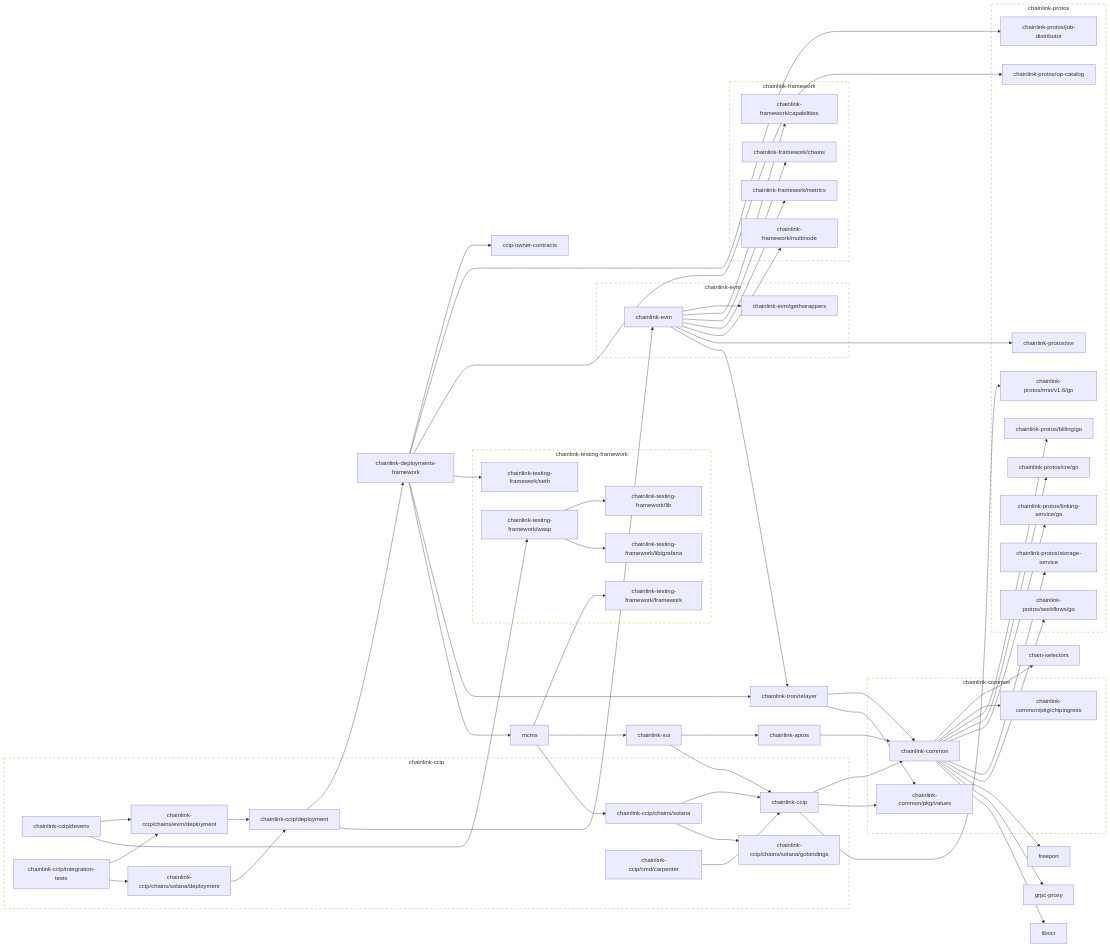
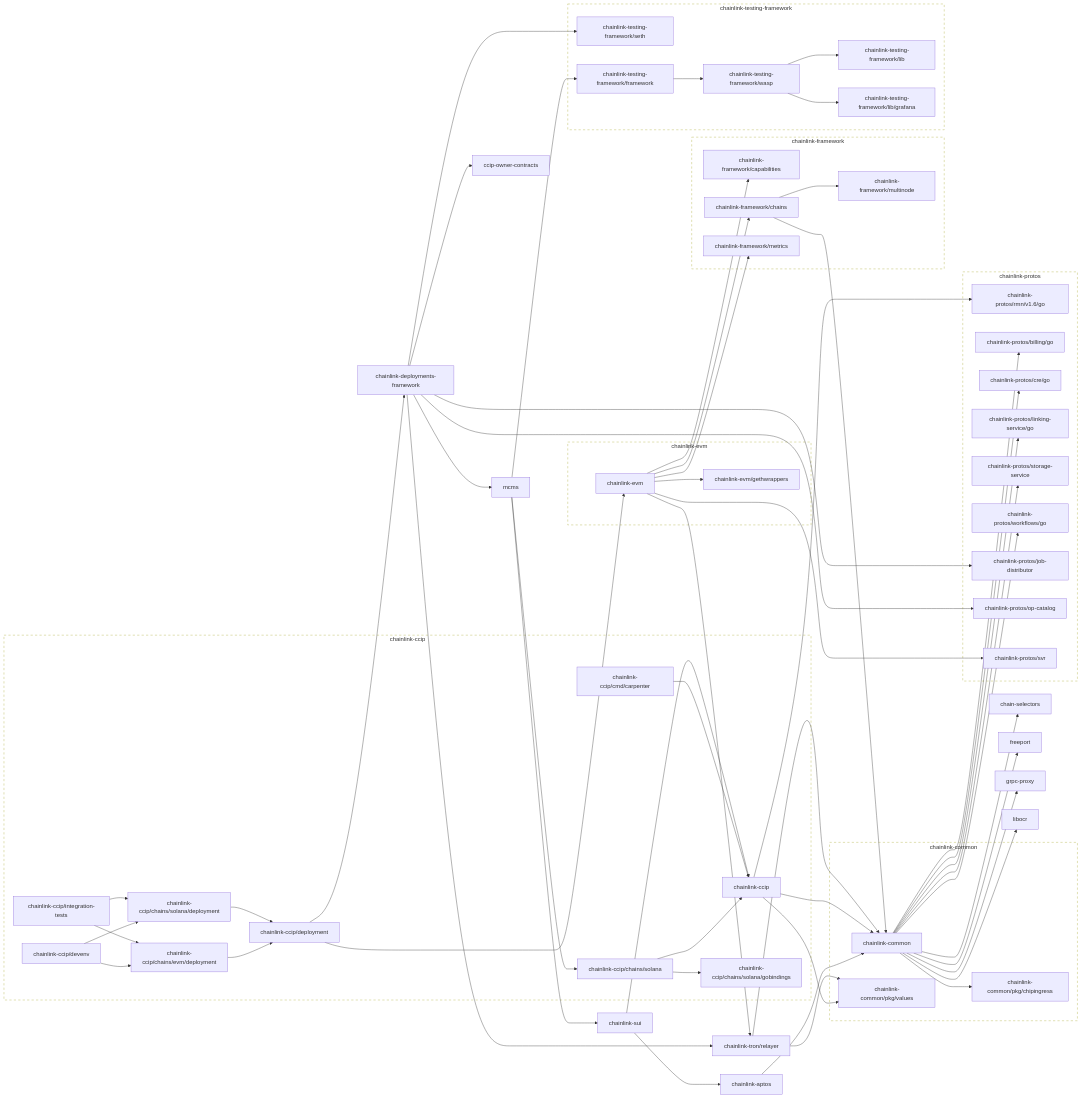
Before and after one commit to smartcontractkit/chainlink-ccip: the second of 2 diagrams in go.md, drawn with Mermaid. The commit also changed 18 other files, not shown here.

```diff
--- a/go.md
+++ b/go.md
@@ -84,7 +84,7 @@
 	chainlink-ccip/deployment --> chainlink-evm
 	click chainlink-ccip/deployment href "https://github.com/smartcontractkit/chainlink-ccip"
 	chainlink-ccip/devenv --> chainlink-ccip/chains/evm/deployment
-	chainlink-ccip/devenv --> chainlink-testing-framework/wasp
+	chainlink-ccip/devenv --> chainlink-ccip/chains/solana/deployment
 	click chainlink-ccip/devenv href "https://github.com/smartcontractkit/chainlink-ccip"
 	chainlink-ccip/integration-tests --> chainlink-ccip/chains/evm/deployment
 	chainlink-ccip/integration-tests --> chainlink-ccip/chains/solana/deployment
@@ -115,7 +115,6 @@
 	chainlink-evm --> chainlink-framework/capabilities
 	chainlink-evm --> chainlink-framework/chains
 	chainlink-evm --> chainlink-framework/metrics
-	chainlink-evm --> chainlink-framework/multinode
 	chainlink-evm --> chainlink-protos/svr
 	chainlink-evm --> chainlink-tron/relayer
 	click chainlink-evm href "https://github.com/smartcontractkit/chainlink-evm"
@@ -123,7 +122,8 @@
 	click chainlink-evm/gethwrappers href "https://github.com/smartcontractkit/chainlink-evm"
 	chainlink-framework/capabilities
 	click chainlink-framework/capabilities href "https://github.com/smartcontractkit/chainlink-framework"
-	chainlink-framework/chains
+	chainlink-framework/chains --> chainlink-common
+	chainlink-framework/chains --> chainlink-framework/multinode
 	click chainlink-framework/chains href "https://github.com/smartcontractkit/chainlink-framework"
 	chainlink-framework/metrics
 	click chainlink-framework/metrics href "https://github.com/smartcontractkit/chainlink-framework"
@@ -150,7 +150,7 @@
 	chainlink-sui --> chainlink-aptos
 	chainlink-sui --> chainlink-ccip
 	click chainlink-sui href "https://github.com/smartcontractkit/chainlink-sui"
-	chainlink-testing-framework/framework
+	chainlink-testing-framework/framework --> chainlink-testing-framework/wasp
 	click chainlink-testing-framework/framework href "https://github.com/smartcontractkit/chainlink-testing-framework"
 	chainlink-testing-framework/lib
 	click chainlink-testing-framework/lib href "https://github.com/smartcontractkit/chainlink-testing-framework"
```
